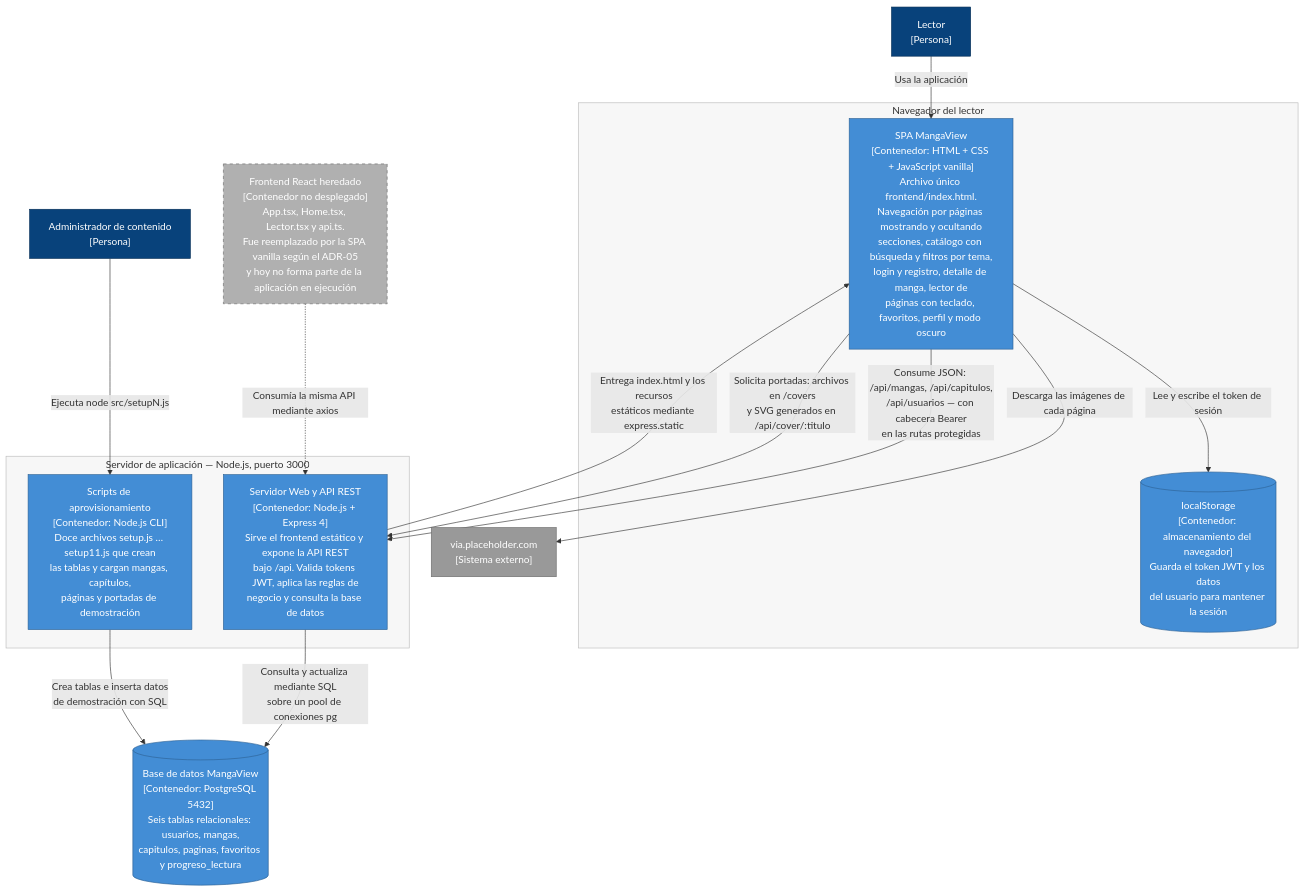
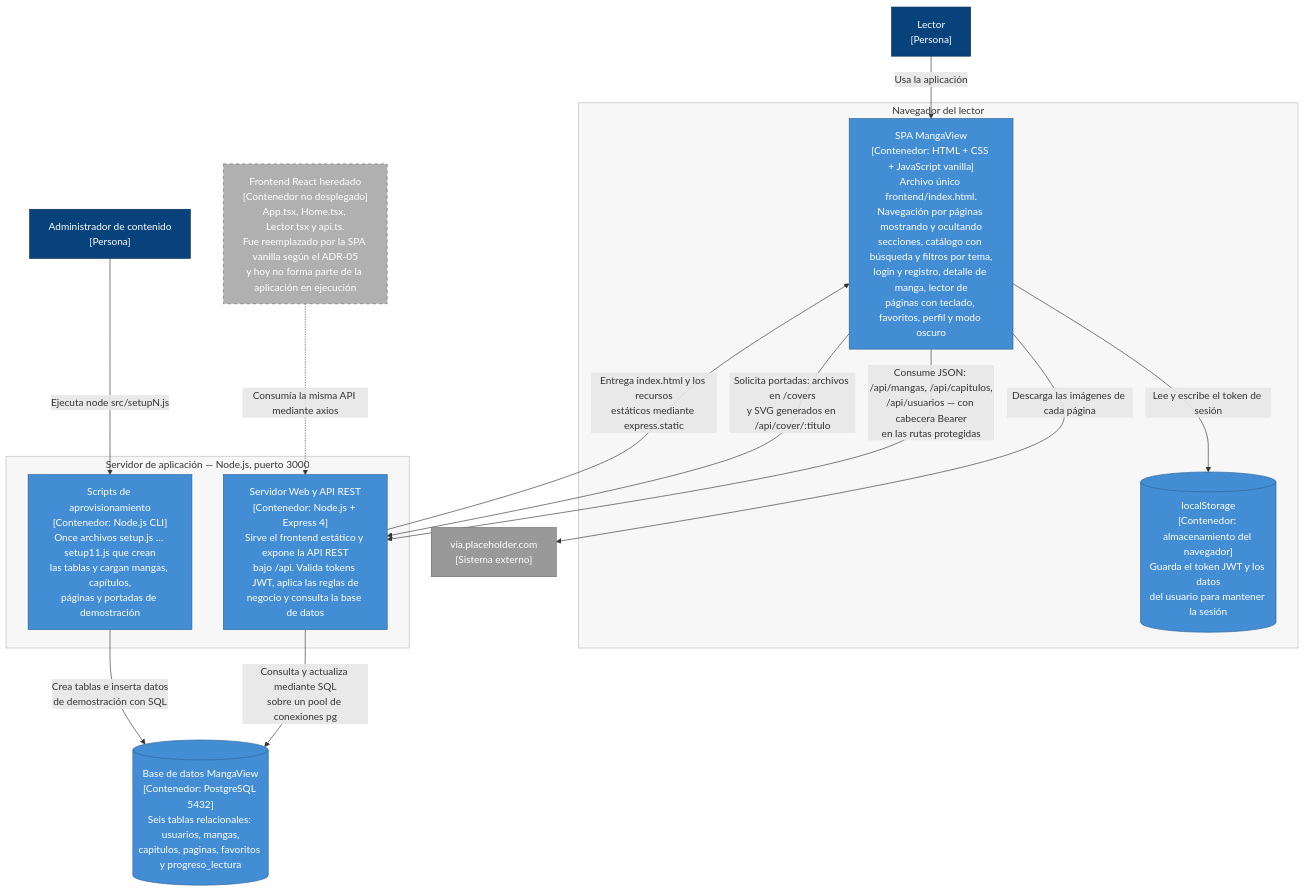
The second of 4 diagrams in docs/C4-MangaView.md (Robertotec2/MangaView), drawn with Mermaid before and after one commit. The commit also changed other lines of this file, not shown here.

First line of the commit message:
docs: corregir el conteo de scripts de aprovisionamiento en el modelo C4

````diff
--- a/docs/C4-MangaView.md
+++ b/docs/C4-MangaView.md
@@ -107,44 +107,44 @@
 ```mermaid
 flowchart TB
     lector["Lector<br/>[Persona]"]
     admin["Administrador de contenido<br/>[Persona]"]
 
     subgraph navegador["Navegador del lector"]
         spa["SPA MangaView<br/>[Contenedor: HTML + CSS + JavaScript vanilla]<br/>Archivo único frontend/index.html.<br/>Navegación por páginas mostrando y ocultando<br/>secciones, catálogo con búsqueda y filtros por tema,<br/>login y registro, detalle de manga, lector de<br/>páginas con teclado, favoritos, perfil y modo oscuro"]
         storage[("localStorage<br/>[Contenedor: almacenamiento del navegador]<br/>Guarda el token JWT y los datos<br/>del usuario para mantener la sesión")]
     end
 
     subgraph servidor["Servidor de aplicación — Node.js, puerto 3000"]
         api["Servidor Web y API REST<br/>[Contenedor: Node.js + Express 4]<br/>Sirve el frontend estático y expone la API REST<br/>bajo /api. Valida tokens JWT, aplica las reglas de<br/>negocio y consulta la base de datos"]
-        scripts["Scripts de aprovisionamiento<br/>[Contenedor: Node.js CLI]<br/>Doce archivos setup.js … setup11.js que crean<br/>las tablas y cargan mangas, capítulos,<br/>páginas y portadas de demostración"]
+        scripts["Scripts de aprovisionamiento<br/>[Contenedor: Node.js CLI]<br/>Once archivos setup.js … setup11.js que crean<br/>las tablas y cargan mangas, capítulos,<br/>páginas y portadas de demostración"]
     end
 
     db[("Base de datos MangaView<br/>[Contenedor: PostgreSQL 5432]<br/>Seis tablas relacionales: usuarios, mangas,<br/>capitulos, paginas, favoritos y progreso_lectura")]
 
     placeholder["via.placeholder.com<br/>[Sistema externo]"]
     legacy["Frontend React heredado<br/>[Contenedor no desplegado]<br/>App.tsx, Home.tsx, Lector.tsx y api.ts.<br/>Fue reemplazado por la SPA vanilla según el ADR-05<br/>y hoy no forma parte de la aplicación en ejecución"]
 
     lector -->|"Usa la aplicación"| spa
     spa -->|"Lee y escribe el token de sesión"| storage
     api -->|"Entrega index.html y los recursos<br/>estáticos mediante express.static"| spa
     spa -->|"Consume JSON: /api/mangas, /api/capitulos,<br/>/api/usuarios — con cabecera Bearer<br/>en las rutas protegidas"| api
     spa -->|"Solicita portadas: archivos en /covers<br/>y SVG generados en /api/cover/:titulo"| api
     spa -->|"Descarga las imágenes de cada página"| placeholder
     api -->|"Consulta y actualiza mediante SQL<br/>sobre un pool de conexiones pg"| db
     admin -->|"Ejecuta node src/setupN.js"| scripts
     scripts -->|"Crea tablas e inserta datos<br/>de demostración con SQL"| db
     legacy -.->|"Consumía la misma API mediante axios"| api
 
     classDef persona fill:#08427b,stroke:#052e56,color:#ffffff
     classDef contenedor fill:#438dd5,stroke:#2e6295,color:#ffffff
     classDef datos fill:#438dd5,stroke:#2e6295,color:#ffffff
     classDef externo fill:#999999,stroke:#6b6b6b,color:#ffffff
     classDef muerto fill:#b0b0b0,stroke:#6b6b6b,color:#ffffff,stroke-dasharray: 5 5
     class lector,admin persona
     class spa,api,scripts contenedor
     class storage,db datos
     class placeholder externo
     class legacy muerto
     style navegador fill:#f7f7f7,stroke:#bbbbbb
     style servidor fill:#f7f7f7,stroke:#bbbbbb
 ```
````
